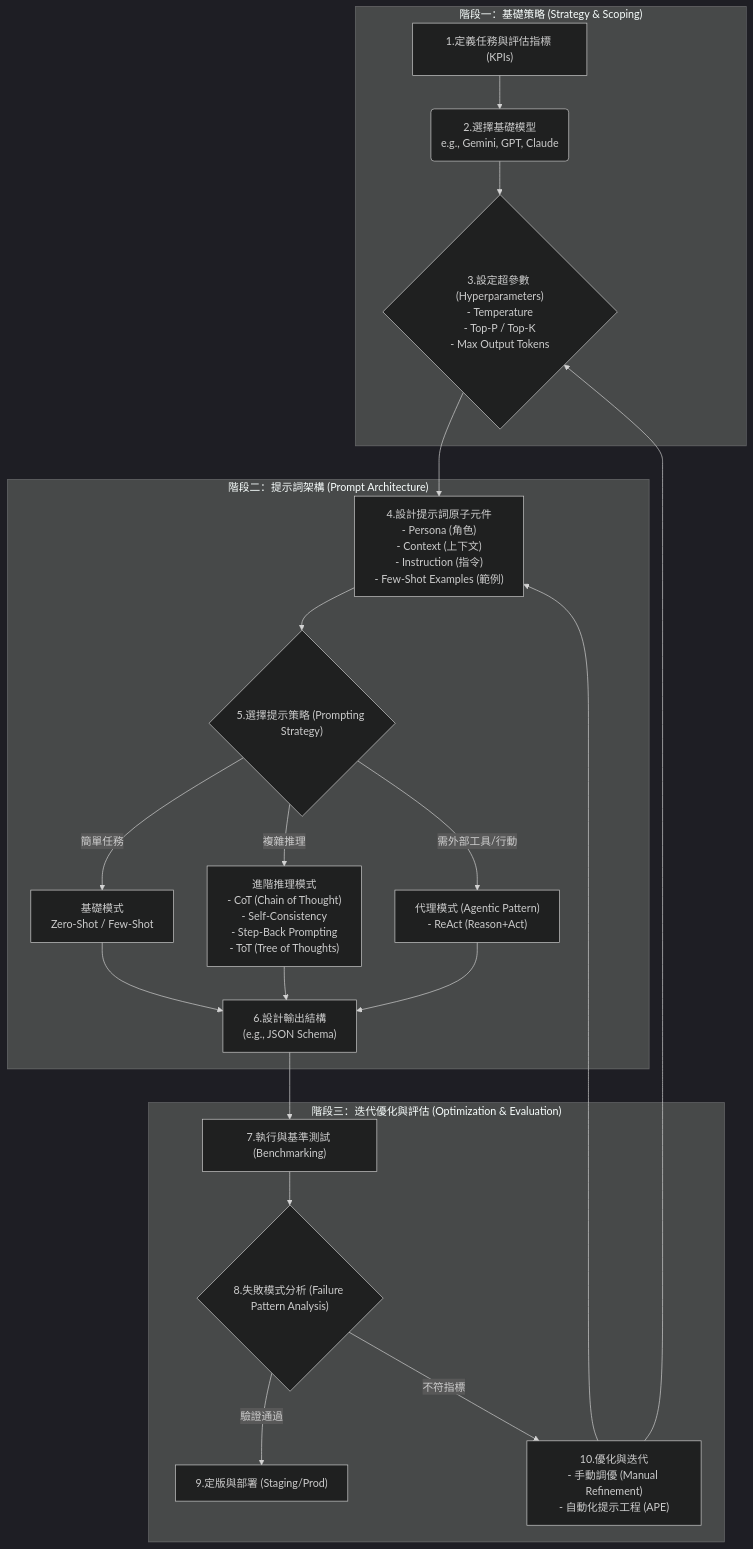
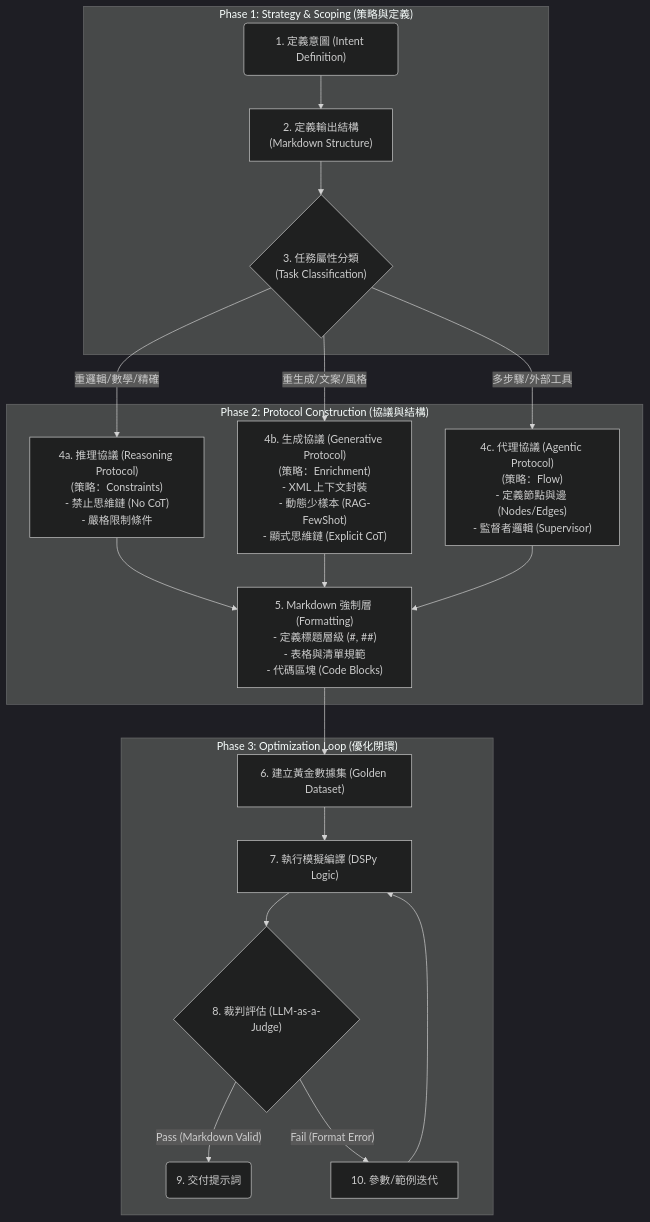
The diagram in Prompt_Engineering/pe-interactive-process-zh-TW.md (Luca0x5755/interactive_process), drawn with Mermaid (dark theme) before and after one commit. The commit also changed 1 other file, not shown here.

Commit message:
更新 README.md 和 pe-interactive-process-zh-TW.md，調整提示詞架構與流程描述

````diff
--- a/Prompt_Engineering/pe-interactive-process-zh-TW.md
+++ b/Prompt_Engineering/pe-interactive-process-zh-TW.md
@@ -1,27 +1,31 @@
 ```mermaid
 graph TD
-    subgraph "階段一：基礎策略 (Strategy & Scoping)"
-        A["1.定義任務與評估指標 (KPIs)"] --> B("2.選擇基礎模型<br/>e.g., Gemini, GPT, Claude");
-        B --> C{"3.設定超參數 (Hyperparameters)<br/>- Temperature<br/>- Top-P / Top-K<br/>- Max Output Tokens"};
+    %% 階段一：策略與定義
+    subgraph "Phase 1: Strategy & Scoping (策略與定義)"
+        A("1. 定義意圖 (Intent Definition)") --> B["2. 定義輸出結構<br/>(Markdown Structure)"];
+        B --> C{"3. 任務屬性分類<br/>(Task Classification)"};
     end
 
-    subgraph "階段二：提示詞架構 (Prompt Architecture)"
-        C --> D["4.設計提示詞原子元件<br/>- Persona (角色)<br/>- Context (上下文)<br/>- Instruction (指令)<br/>- Few-Shot Examples (範例)"];
-        D --> E{"5.選擇提示策略 (Prompting Strategy)"};
-        E -- 簡單任務 --> F[基礎模式<br/>Zero-Shot / Few-Shot];
-        E -- 複雜推理 --> G["進階推理模式<br/>- CoT (Chain of Thought)<br/>- Self-Consistency<br/>- Step-Back Prompting<br/>- ToT (Tree of Thoughts)"];
-        E -- 需外部工具/行動 --> H["代理模式 (Agentic Pattern)<br/>- ReAct (Reason+Act)"];
-        F --> I["6.設計輸出結構<br/>(e.g., JSON Schema)"];
-        G --> I;
-        H --> I;
+    %% 階段二：協議與結構構建 (根據屬性分流)
+    subgraph "Phase 2: Protocol Construction (協議與結構)"
+        C -- "重邏輯/數學/精確" --> D["4a. 推理協議 (Reasoning Protocol)<br/>(策略：Constraints)<br/>- 禁止思維鏈 (No CoT)<br/>- 嚴格限制條件"];
+
+        C -- "重生成/文案/風格" --> E["4b. 生成協議 (Generative Protocol)<br/>(策略：Enrichment)<br/>- XML 上下文封裝<br/>- 動態少樣本 (RAG-FewShot)<br/>- 顯式思維鏈 (Explicit CoT)"];
+
+        C -- "多步驟/外部工具" --> F["4c. 代理協議 (Agentic Protocol)<br/>(策略：Flow)<br/>- 定義節點與邊 (Nodes/Edges)<br/>- 監督者邏輯 (Supervisor)"];
+
+        D --> G["5. Markdown 強制層 (Formatting)<br/>- 定義標題層級 (#, ##)<br/>- 表格與清單規範<br/>- 代碼區塊 (Code Blocks)"];
+        E --> G;
+        F --> G;
     end
 
-    subgraph "階段三：迭代優化與評估 (Optimization & Evaluation)"
-        I --> J["7.執行與基準測試 (Benchmarking)"];
-        J --> K{"8.失敗模式分析 (Failure Pattern Analysis)"};
-        K -- 驗證通過 --> L["9.定版與部署 (Staging/Prod)"];
-        K -- 不符指標 --> M["10.優化與迭代<br/>- 手動調優 (Manual Refinement)<br/>- 自動化提示工程 (APE)"];
-        M --> D;
-        M --> C;
+    %% 階段三：評估閉環
+    subgraph "Phase 3: Optimization Loop (優化閉環)"
+        G --> H["6. 建立黃金數據集 (Golden Dataset)"];
+        H --> I["7. 執行模擬編譯 (DSPy Logic)"];
+        I --> J{"8. 裁判評估 (LLM-as-a-Judge)"};
+        J -- "Pass (Markdown Valid)" --> K("9. 交付提示詞");
+        J -- "Fail (Format Error)" --> L["10. 參數/範例迭代"];
+        L --> I;
     end
 ```
````
